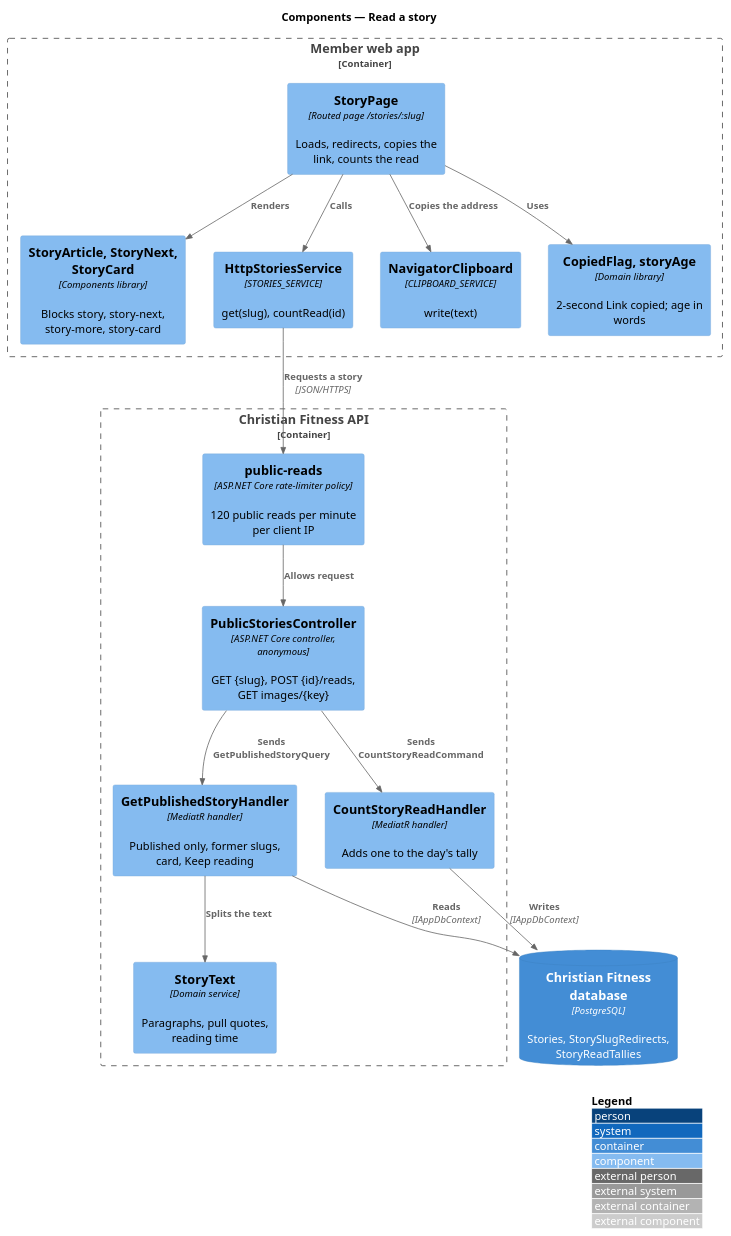
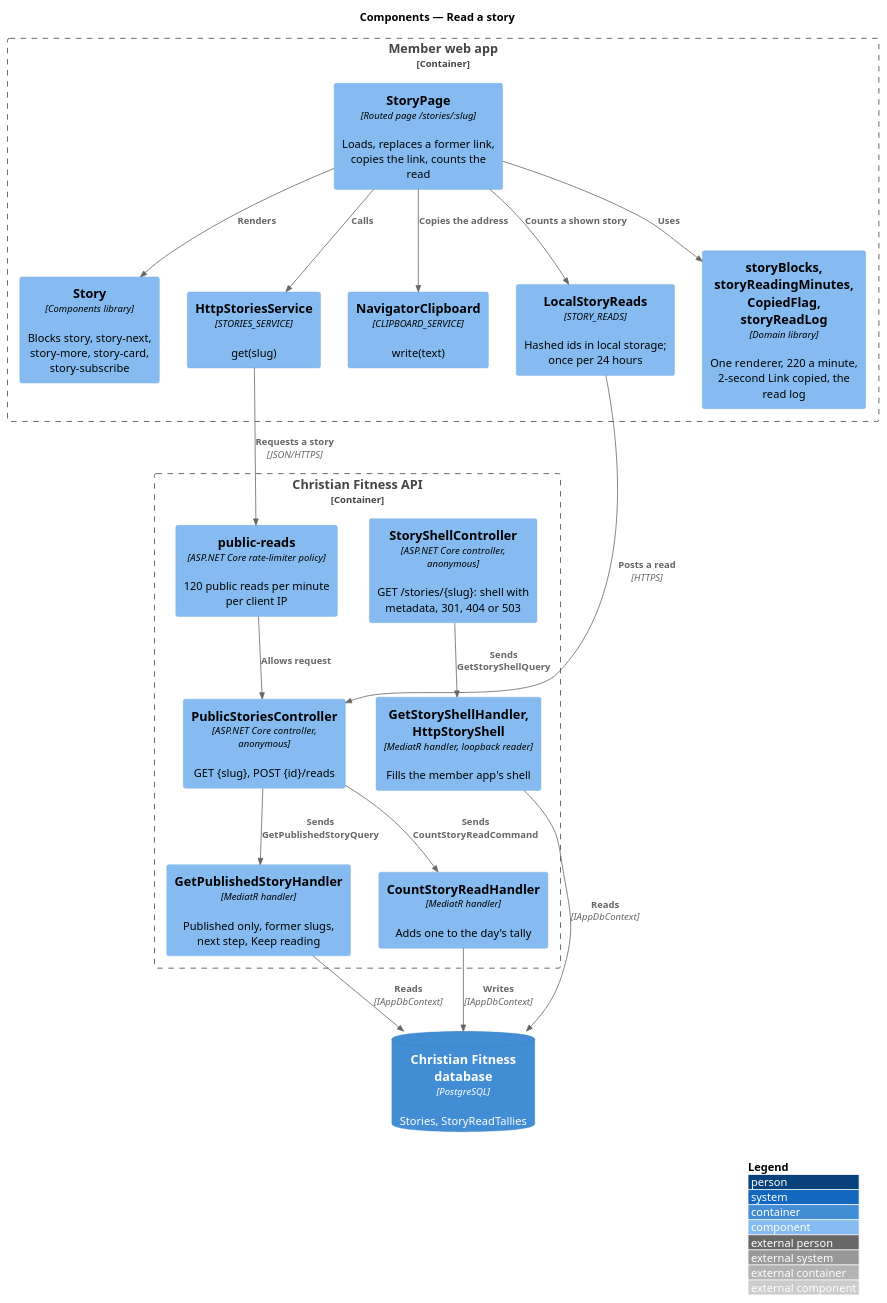
The diagram in docs/detailed-designs/news/read-story/diagrams/c4-component.puml (QuinntyneBrown/christian-fitness), drawn with PlantUML before and after one commit. The commit also changed 6 other files, not shown here.

First line of the commit message:
Journey 24: the read-story design and diagrams match what was built

```diff
--- a/docs/detailed-designs/news/read-story/diagrams/c4-component.puml
+++ b/docs/detailed-designs/news/read-story/diagrams/c4-component.puml
@@ -1,32 +1,37 @@
 @startuml
 !include <C4/C4_Component>
 LAYOUT_WITH_LEGEND()
 title Components — Read a story
 
 Container_Boundary(web, "Member web app") {
-  Component(page, "StoryPage", "Routed page /stories/:slug", "Loads, redirects, copies the link, counts the read")
-  Component(article, "StoryArticle, StoryNext, StoryCard", "Components library", "Blocks story, story-next, story-more, story-card")
-  Component(client, "HttpStoriesService", "STORIES_SERVICE", "get(slug), countRead(id)")
+  Component(page, "StoryPage", "Routed page /stories/:slug", "Loads, replaces a former link, copies the link, counts the read")
+  Component(article, "Story", "Components library", "Blocks story, story-next, story-more, story-card, story-subscribe")
+  Component(client, "HttpStoriesService", "STORIES_SERVICE", "get(slug)")
   Component(clip, "NavigatorClipboard", "CLIPBOARD_SERVICE", "write(text)")
-  Component(copied, "CopiedFlag, storyAge", "Domain library", "2-second Link copied; age in words")
+  Component(reads, "LocalStoryReads", "STORY_READS", "Hashed ids in local storage; once per 24 hours")
+  Component(domain, "storyBlocks, storyReadingMinutes, CopiedFlag, storyReadLog", "Domain library", "One renderer, 220 a minute, 2-second Link copied, the read log")
 }
 Container_Boundary(api, "Christian Fitness API") {
-  Component(ctrl, "PublicStoriesController", "ASP.NET Core controller, anonymous", "GET {slug}, POST {id}/reads, GET images/{key}")
-  Component(q, "GetPublishedStoryHandler", "MediatR handler", "Published only, former slugs, card, Keep reading")
+  Component(shell, "StoryShellController", "ASP.NET Core controller, anonymous", "GET /stories/{slug}: shell with metadata, 301, 404 or 503")
+  Component(ctrl, "PublicStoriesController", "ASP.NET Core controller, anonymous", "GET {slug}, POST {id}/reads")
+  Component(q, "GetPublishedStoryHandler", "MediatR handler", "Published only, former slugs, next step, Keep reading")
+  Component(s, "GetStoryShellHandler, HttpStoryShell", "MediatR handler, loopback reader", "Fills the member app's shell")
   Component(c, "CountStoryReadHandler", "MediatR handler", "Adds one to the day's tally")
   Component(limit, "public-reads", "ASP.NET Core rate-limiter policy", "120 public reads per minute per client IP")
-  Component(text, "StoryText", "Domain service", "Paragraphs, pull quotes, reading time")
 }
-ContainerDb(db, "Christian Fitness database", "PostgreSQL", "Stories, StorySlugRedirects, StoryReadTallies")
+ContainerDb(db, "Christian Fitness database", "PostgreSQL", "Stories, StoryReadTallies")
 Rel(page, client, "Calls")
 Rel(page, article, "Renders")
 Rel(page, clip, "Copies the address")
-Rel(page, copied, "Uses")
+Rel(page, reads, "Counts a shown story")
+Rel(page, domain, "Uses")
 Rel(client, limit, "Requests a story", "JSON/HTTPS")
 Rel(limit, ctrl, "Allows request")
+Rel(reads, ctrl, "Posts a read", "HTTPS")
 Rel(ctrl, q, "Sends GetPublishedStoryQuery")
 Rel(ctrl, c, "Sends CountStoryReadCommand")
-Rel(q, text, "Splits the text")
+Rel(shell, s, "Sends GetStoryShellQuery")
 Rel(q, db, "Reads", "IAppDbContext")
+Rel(s, db, "Reads", "IAppDbContext")
 Rel(c, db, "Writes", "IAppDbContext")
 @enduml
```
